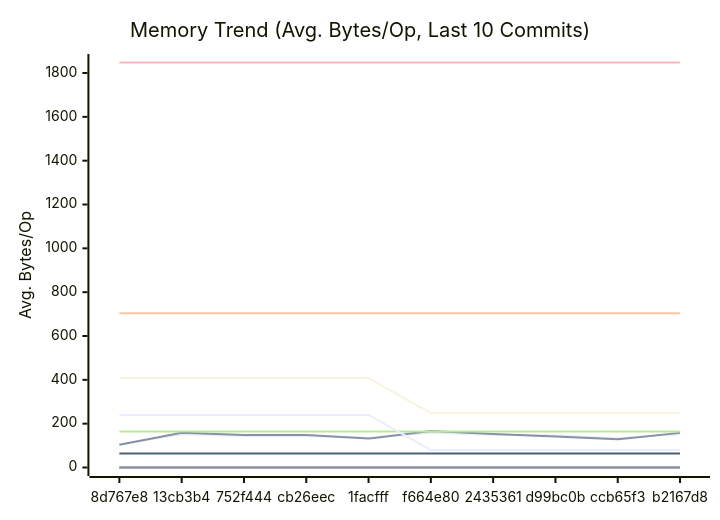
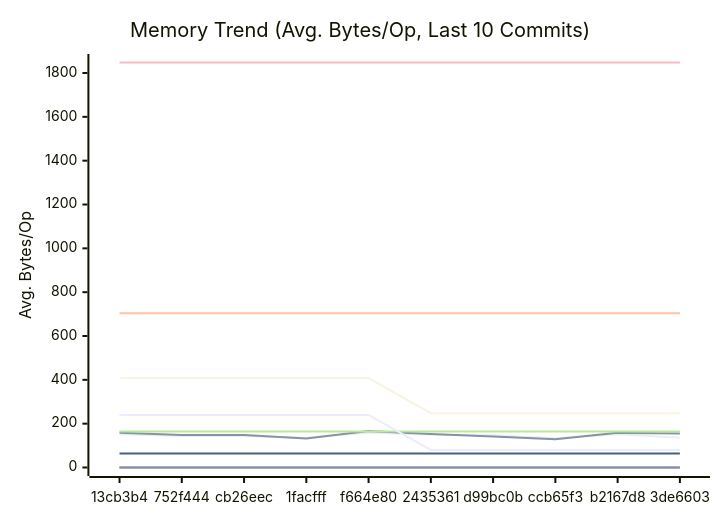
Before and after one commit to alsotoes/momo: the second of 3 diagrams in docs/PERFORMANCE.md, drawn with Mermaid. The commit also changed other lines of this file and 12 other files, not shown here.

````diff
--- a/docs/PERFORMANCE.md
+++ b/docs/PERFORMANCE.md
@@ -171,20 +171,20 @@
 ```mermaid
 xychart-beta
     title "Memory Trend (Avg. Bytes/Op, Last 10 Commits)"
     x-axis "Commit"
     y-axis "Avg. Bytes/Op"
-    x-axis [8d767e8,13cb3b4,752f444,cb26eec,1facfff,f664e80,2435361,d99bc0b,ccb65f3,b2167d8]
-    line "AWSChunkedReaderSigned" [106,152,144,144,136,159,149,147,134,152]
-    line "AWSChunkedReaderUnsigned" [104,159,148,148,132,166,153,141,129,158]
+    x-axis [13cb3b4,752f444,cb26eec,1facfff,f664e80,2435361,d99bc0b,ccb65f3,b2167d8,3de6603]
+    line "AWSChunkedReaderSigned" [152,144,144,136,159,149,147,134,152,136]
+    line "AWSChunkedReaderUnsigned" [159,148,148,132,166,153,141,129,158,155]
     line "CheckMetricsAndSwap" [0,0,0,0,0,0,0,0,0,0]
     line "CrushOptimized" [0,0,0,0,0,0,0,0,0,0]
     line "CrushOriginal" [164,164,164,164,164,164,164,164,164,164]
     line "IndexDirectTracking" [0,0,0,0,0,0,0,0,0,0]
     line "IndexSearch" [0,0,0,0,0,0,0,0,0,0]
     line "LoadGlobalConfig" [1848,1848,1848,1848,1848,1848,1848,1848,1848,1848]
     line "PadString" [64,64,64,64,64,64,64,64,64,64]
     line "ParseReplicationOrder_NoPrealloc" [408,408,408,408,408,248,248,248,248,248]
     line "ParseReplicationOrder_Prealloc" [240,240,240,240,240,80,80,80,80,80]
     line "SanitizeLog/Safe" [0,0,0,0,0,0,0,0,0,0]
     line "SanitizeLog/Unsafe" [704,704,704,704,704,704,704,704,704,704]
 ```
````
